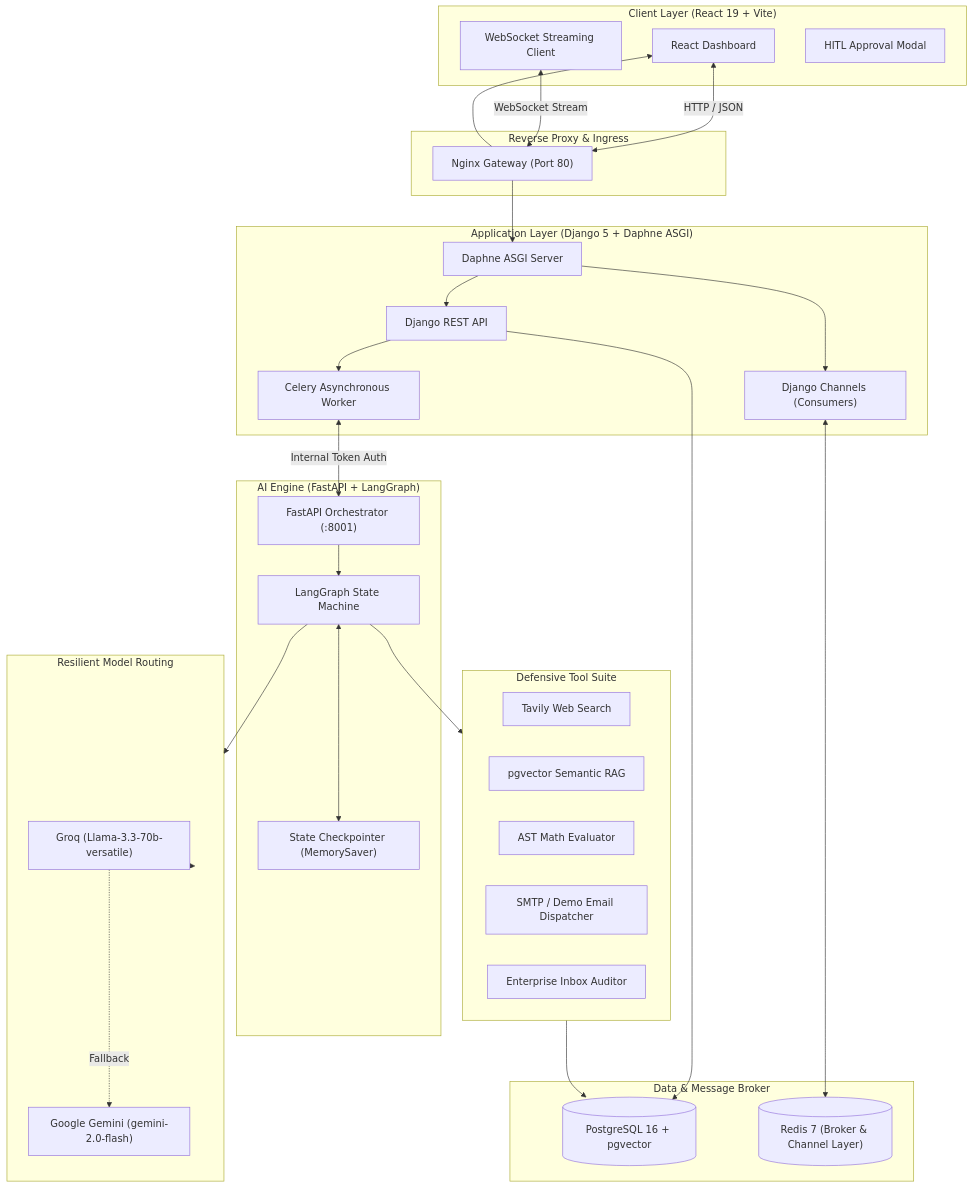
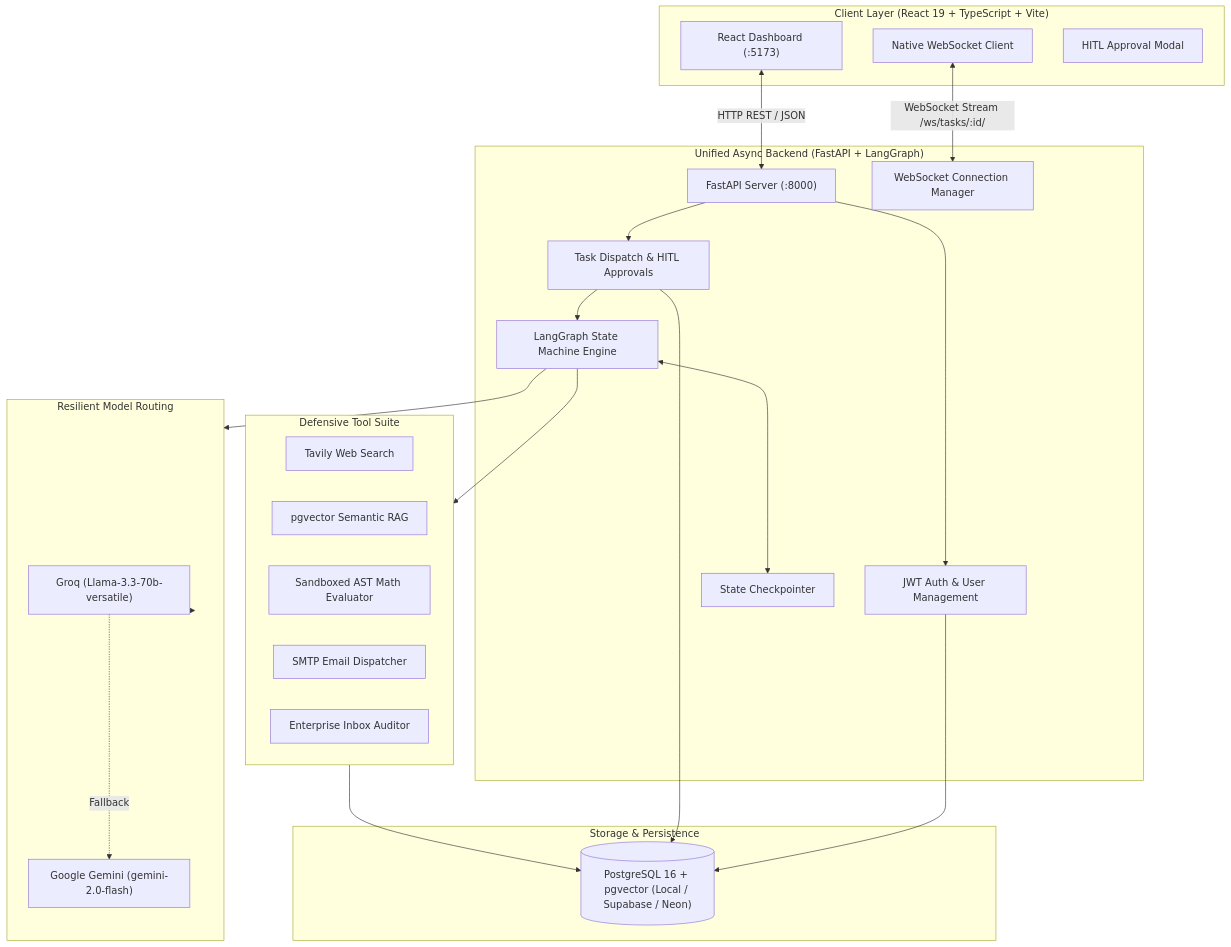
One commit to krenaa/AmbientAI changed the diagram in README.md. Above: the diagram before and after it, drawn with Mermaid. The commit also changed other lines of this file and 106 other files, not shown here.

````diff
--- a/README.md
+++ b/README.md
@@ -64,65 +62,48 @@
 ```mermaid
 flowchart TB
-    subgraph ClientLayer ["Client Layer (React 19 + Vite)"]
-        UI["React Dashboard"]
-        WSClient["WebSocket Streaming Client"]
+    subgraph ClientLayer ["Client Layer (React 19 + TypeScript + Vite)"]
+        UI["React Dashboard (:5173)"]
+        WSClient["Native WebSocket Client"]
         HITLModal["HITL Approval Modal"]
     end
 
-    subgraph Gateway ["Reverse Proxy & Ingress"]
-        Nginx["Nginx Gateway (Port 80)"]
-    end
-
-    subgraph BackendLayer ["Application Layer (Django 5 + Daphne ASGI)"]
-        Daphne["Daphne ASGI Server"]
-        DRF["Django REST API"]
-        Channels["Django Channels (Consumers)"]
-        CeleryWorker["Celery Asynchronous Worker"]
-    end
-
-    subgraph AgentService ["AI Engine (FastAPI + LangGraph)"]
-        FastAPI["FastAPI Orchestrator (:8001)"]
-        StateGraph["LangGraph State Machine"]
-        MemorySaver["State Checkpointer (MemorySaver)"]
+    subgraph BackendLayer ["Unified Async Backend (FastAPI + LangGraph)"]
+        FastAPIServer["FastAPI Server (:8000)"]
+        AuthRouter["JWT Auth & User Management"]
+        TaskRouter["Task Dispatch & HITL Approvals"]
+        WSManager["WebSocket Connection Manager"]
+        StateGraph["LangGraph State Machine Engine"]
+        MemorySaver["State Checkpointer"]
     end
 
     subgraph ToolSuite ["Defensive Tool Suite"]
         TavilyTool["Tavily Web Search"]
         RAGTool["pgvector Semantic RAG"]
-        MathTool["AST Math Evaluator"]
-        EmailTool["SMTP / Demo Email Dispatcher"]
+        MathTool["Sandboxed AST Math Evaluator"]
+        EmailTool["SMTP Email Dispatcher"]
         InboxTool["Enterprise Inbox Auditor"]
     end
 
     subgraph ExternalLLM ["Resilient Model Routing"]
         Groq["Groq (Llama-3.3-70b-versatile)"]
         Gemini["Google Gemini (gemini-2.0-flash)"]
     end
 
-    subgraph DataBroker ["Data & Message Broker"]
-        Postgres[("PostgreSQL 16 + pgvector")]
-        Redis[("Redis 7 (Broker & Channel Layer)")]
+    subgraph DataBroker ["Storage & Persistence"]
+        Postgres[("PostgreSQL 16 + pgvector (Local / Supabase / Neon)")]
     end
 
-    UI <-->|HTTP / JSON| Nginx
-    WSClient <-->|WebSocket Stream| Nginx
-    Nginx --> Daphne
-    Nginx --> UI
-
-    Daphne --> DRF
-    Daphne --> Channels
-    Channels <--> Redis
-    DRF --> Postgres
-    DRF --> CeleryWorker
-
-    CeleryWorker <-->|Internal Token Auth| FastAPI
-    FastAPI --> StateGraph
+    UI <-->|HTTP REST / JSON| FastAPIServer
+    WSClient <-->|WebSocket Stream /ws/tasks/:id/| WSManager
+    FastAPIServer --> AuthRouter
+    FastAPIServer --> TaskRouter
+    TaskRouter --> StateGraph
     StateGraph <--> MemorySaver
-
     StateGraph --> ToolSuite
     StateGraph --> ExternalLLM
     ExternalLLM --> Groq
     Groq -. Fallback .-> Gemini
-
+    AuthRouter --> Postgres
+    TaskRouter --> Postgres
     ToolSuite --> Postgres
 ```
````
